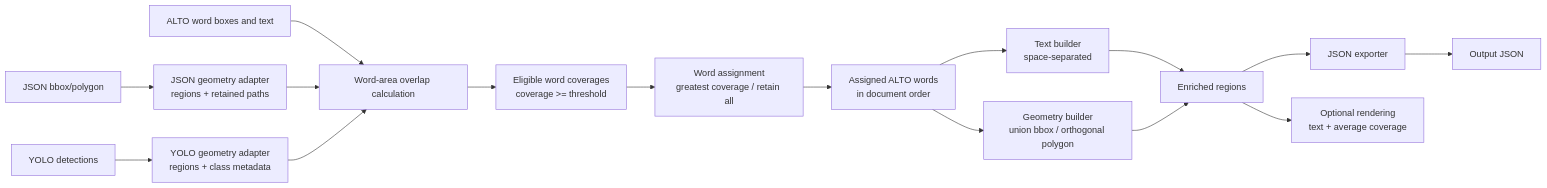
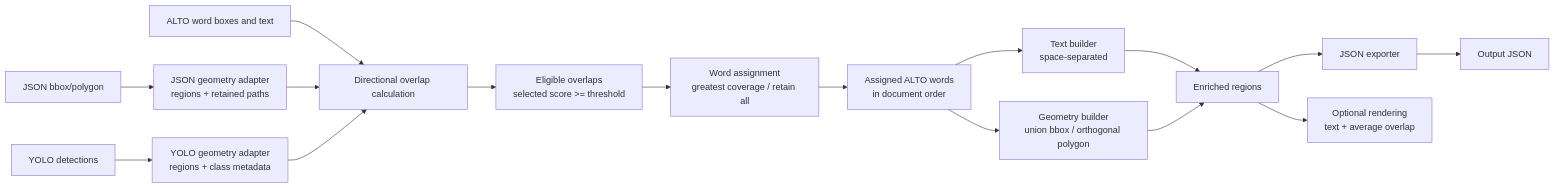
Before and after one commit to DCGM/text-geometry-aligner: the second of 2 diagrams in README.md, drawn with Mermaid. The commit also changed other lines of this file and 9 other files, not shown here.

````diff
--- a/README.md
+++ b/README.md
@@ -159,18 +160,18 @@
 ```mermaid
 flowchart LR
     J["JSON bbox/polygon"] --> GE["JSON geometry adapter<br/>regions + retained paths"]
     Y["YOLO detections"] --> YE["YOLO geometry adapter<br/>regions + class metadata"]
-    A["ALTO word boxes and text"] --> OC["Word-area overlap calculation"]
+    A["ALTO word boxes and text"] --> OC["Directional overlap calculation"]
     GE --> OC
     YE --> OC
-    OC --> WC["Eligible word coverages<br/>coverage >= threshold"]
+    OC --> WC["Eligible overlaps<br/>selected score >= threshold"]
     WC --> WA["Word assignment<br/>greatest coverage / retain all"]
     WA --> MW["Assigned ALTO words<br/>in document order"]
     MW --> TB["Text builder<br/>space-separated"]
     MW --> GB["Geometry builder<br/>union bbox / orthogonal polygon"]
     TB --> M["Enriched regions"]
     GB --> M
     M --> JM["JSON exporter"]
     JM --> O["Output JSON"]
-    M --> R["Optional rendering<br/>text + average coverage"]
+    M --> R["Optional rendering<br/>text + average overlap"]
 ```
````
